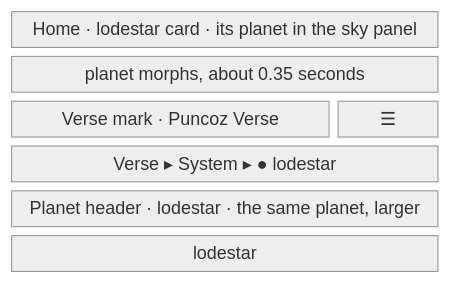
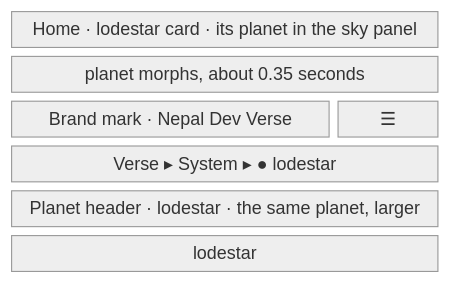
One commit to nepal-dev-com/docs.nepal-dev.com changed the sixth of 6 diagrams in content/docs/maintain/app-flow/universe-theme.mdx. Above: the diagram before and after it, drawn with Mermaid (neutral theme). The commit also changed other lines of this file and 145 other files, not shown here.

Commit message:
nepal dev docs

````diff
--- a/content/docs/maintain/app-flow/universe-theme.mdx
+++ b/content/docs/maintain/app-flow/universe-theme.mdx
@@ -195,10 +197,10 @@
 ```mermaid
 block-beta
   columns 4
   before["Home · lodestar card · its planet in the sky panel"]:4
   arrow["planet morphs, about 0.35 seconds"]:4
-  mark["Verse mark · Puncoz Verse"]:3 menu["☰"]
+  mark["Brand mark · Nepal Dev Verse"]:3 menu["☰"]
   strip["Verse ▸ System ▸ ● lodestar"]:4
   hero["Planet header · lodestar · the same planet, larger"]:4
   title["lodestar"]:4
 ```
````
